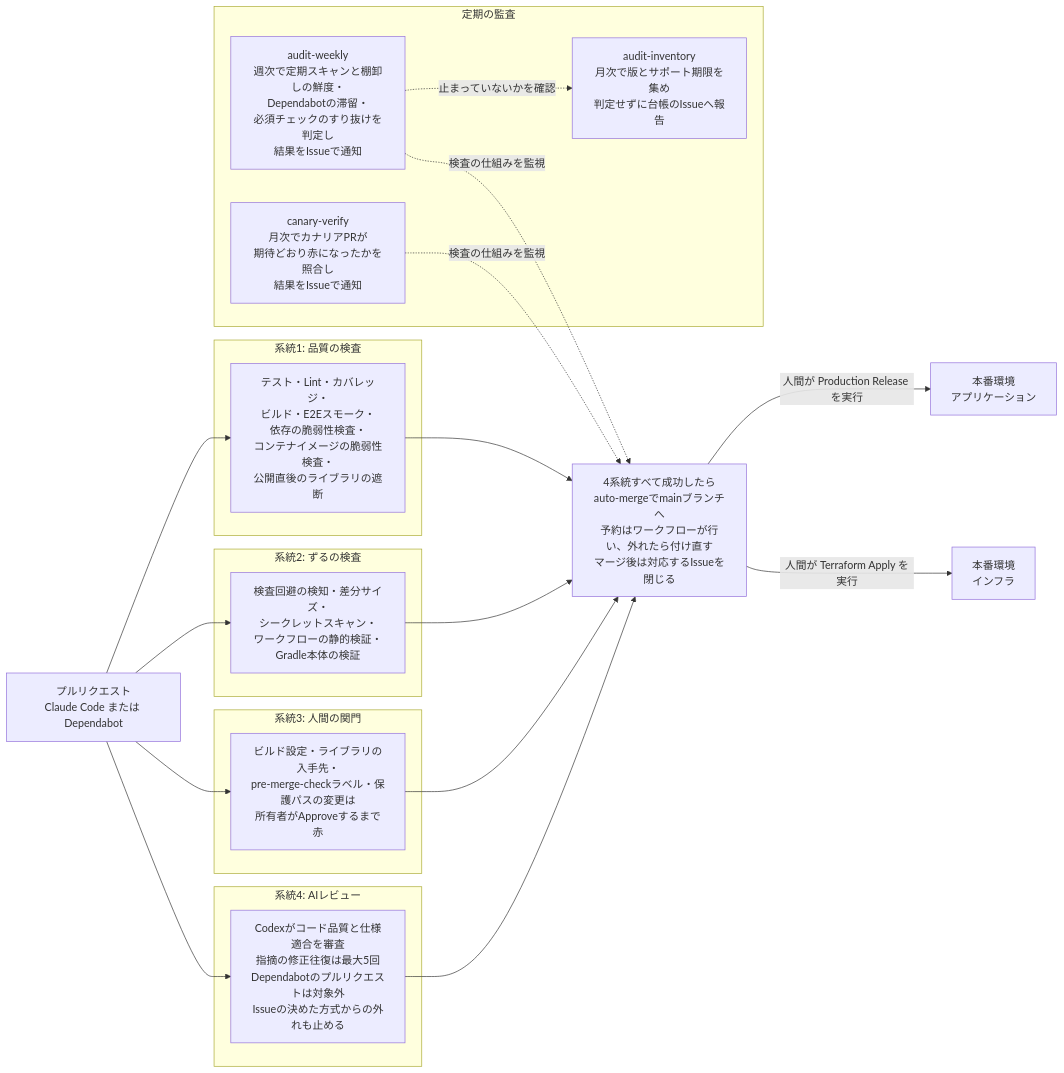
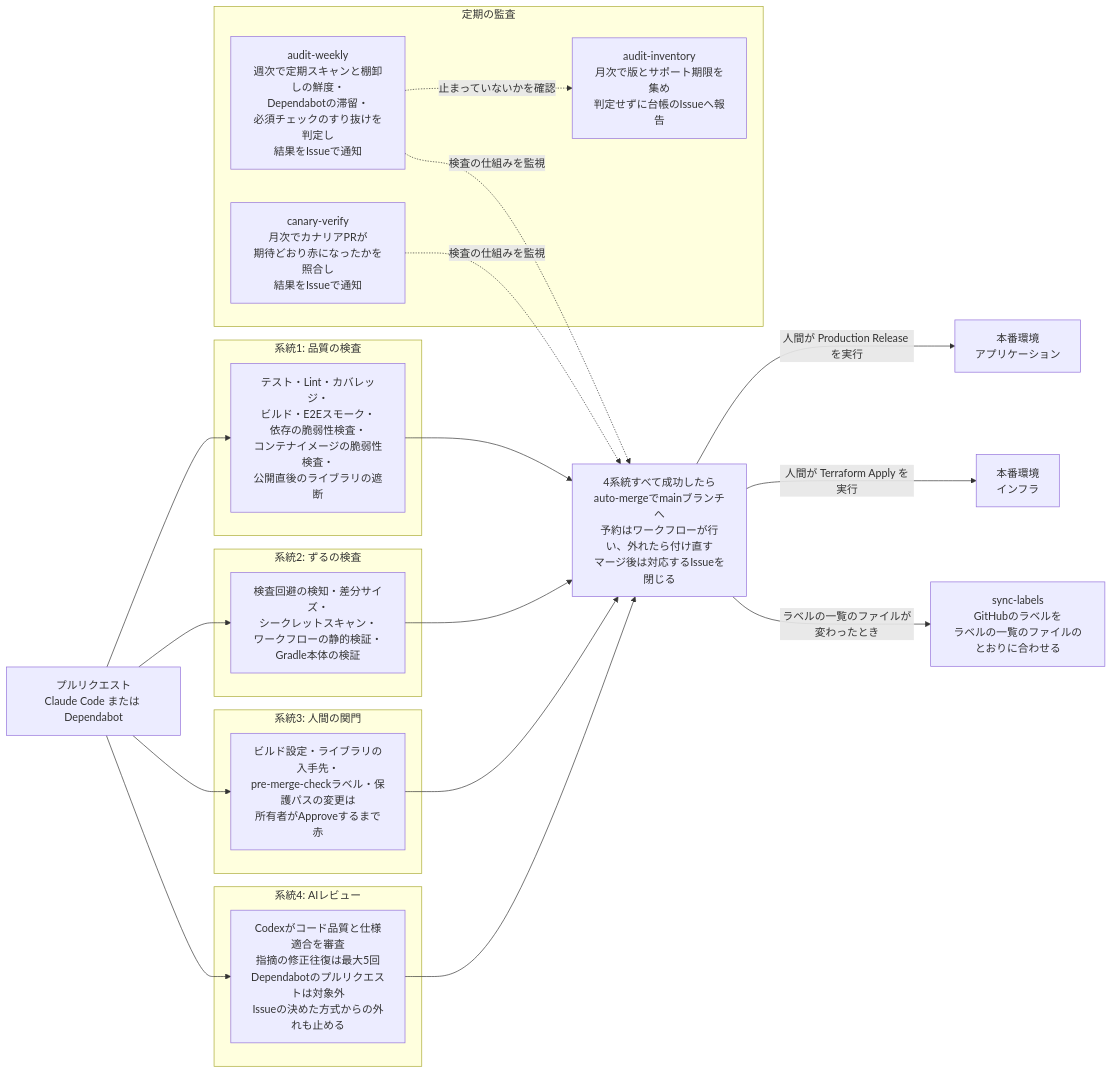
Before and after one commit to DogisRiki/KeirekiPro: the first of 2 diagrams in README.md, drawn with Mermaid. The commit also changed other lines of this file and 26 other files, not shown here.

````diff
--- a/README.md
+++ b/README.md
@@ -53,36 +53,37 @@
 ```mermaid
 flowchart LR
     PR[プルリクエスト<br>Claude Code または Dependabot]
 
     subgraph s1[系統1: 品質の検査]
         Q[テスト・Lint・カバレッジ・<br>ビルド・E2Eスモーク・<br>依存の脆弱性検査・<br>コンテナイメージの脆弱性検査・<br>公開直後のライブラリの遮断]
     end
     subgraph s2[系統2: ずるの検査]
         Z[検査回避の検知・差分サイズ・<br>シークレットスキャン・<br>ワークフローの静的検証・<br>Gradle本体の検証]
     end
     subgraph s3[系統3: 人間の関門]
         H[ビルド設定・ライブラリの入手先・<br>pre-merge-checkラベル・保護パスの変更は<br>所有者がApproveするまで赤]
     end
     subgraph s4[系統4: AIレビュー]
         A[Codexがコード品質と仕様適合を審査<br>指摘の修正往復は最大5回<br>Dependabotのプルリクエストは対象外<br>Issueの決めた方式からの外れも止める]
     end
 
     PR --> Q
     PR --> Z
     PR --> H
     PR --> A
 
     Q & Z & H & A --> M[4系統すべて成功したら<br>auto-mergeでmainブランチへ<br>予約はワークフローが行い、外れたら付け直す<br>マージ後は対応するIssueを閉じる]
 
     M -->|人間が Production Release を実行| App[本番環境<br>アプリケーション]
     M -->|人間が Terraform Apply を実行| Infra[本番環境<br>インフラ]
+    M -->|ラベルの一覧のファイルが変わったとき| Labels[sync-labels<br>GitHubのラベルを<br>ラベルの一覧のファイルのとおりに合わせる]
 
     subgraph s5[定期の監査]
         AW[audit-weekly<br>週次で定期スキャンと棚卸しの鮮度・<br>Dependabotの滞留・<br>必須チェックのすり抜けを判定し<br>結果をIssueで通知]
         CV[canary-verify<br>月次でカナリアPRが<br>期待どおり赤になったかを照合し<br>結果をIssueで通知]
         AI[audit-inventory<br>月次で版とサポート期限を集め<br>判定せずに台帳のIssueへ報告]
     end
 
     AW & CV -.検査の仕組みを監視.-> M
     AW -.止まっていないかを確認.-> AI
 ```
````
